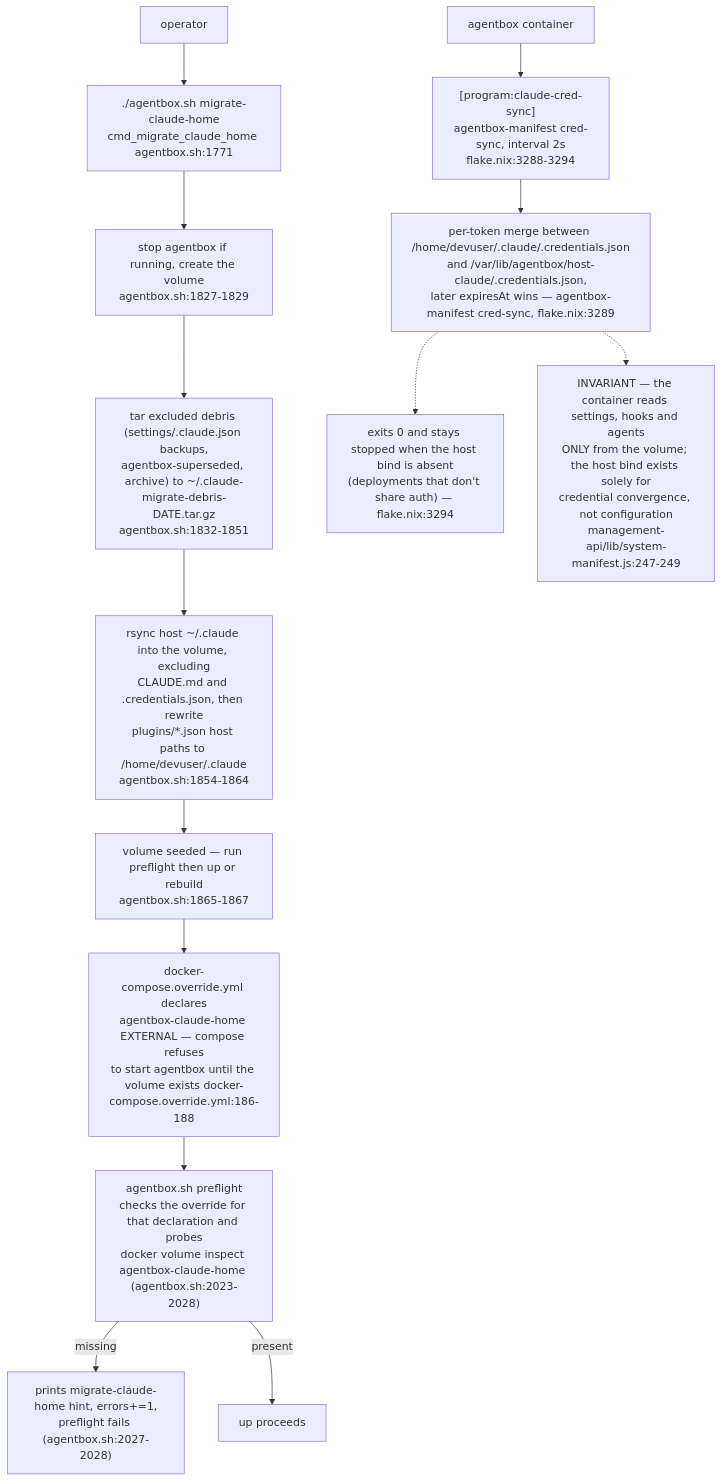
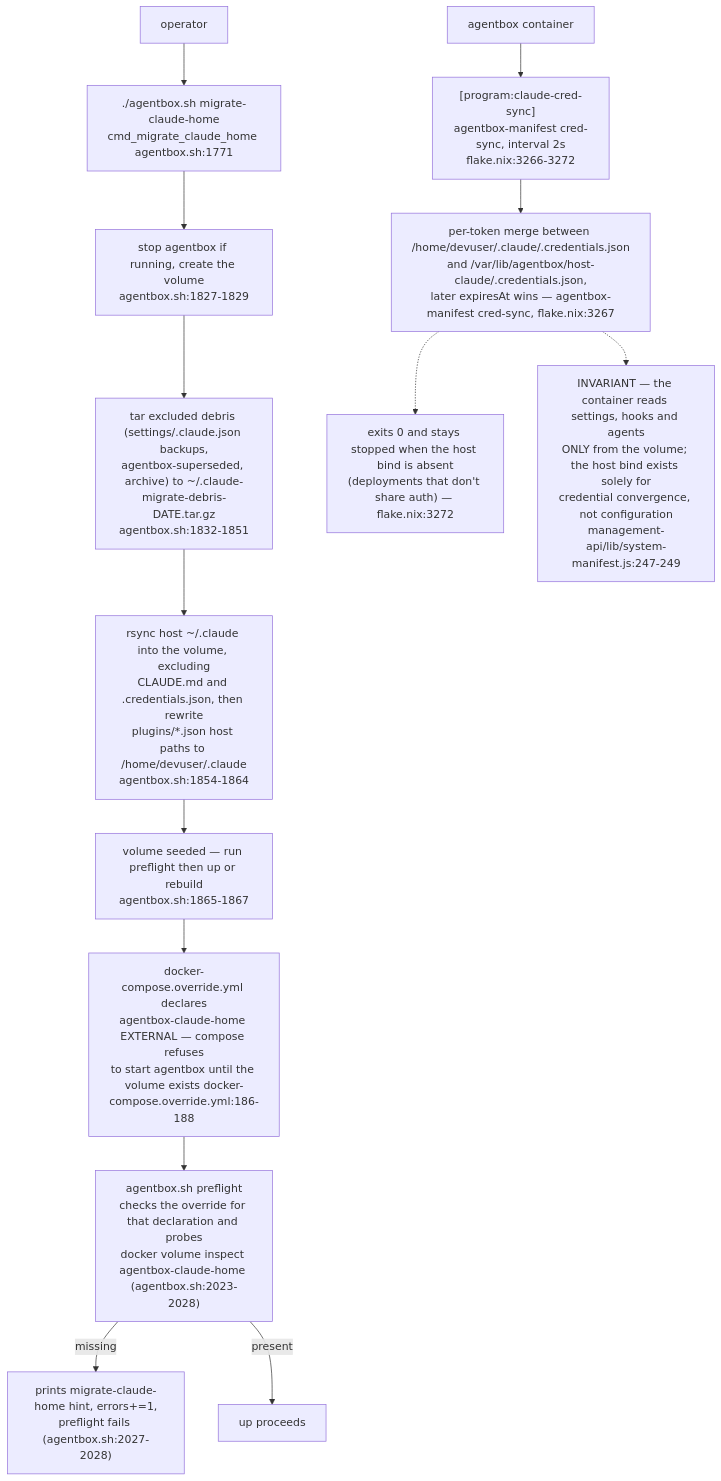
Diagram 11 of 14 in docs/diagrams/agentbox/06-sidecars-and-compose-overlays.md (DreamLab-AI/VisionFlow), drawn with Mermaid before and after one commit. The commit also changed other lines of this file and 145 other files, not shown here.

````diff
--- a/docs/diagrams/agentbox/06-sidecars-and-compose-overlays.md
+++ b/docs/diagrams/agentbox/06-sidecars-and-compose-overlays.md
@@ -329,16 +320,16 @@
 ```mermaid
 flowchart TB
     DEC["docker-compose.override.yml declares<br/>agentbox-claude-home EXTERNAL — compose refuses<br/>to start agentbox until the volume exists docker-compose.override.yml:186-188"] --> PRE["agentbox.sh preflight<br/>checks the override for that declaration and probes<br/>docker volume inspect agentbox-claude-home (agentbox.sh:2023-2028)"]
     PRE -->|"missing"| ERR["prints migrate-claude-home hint, errors+=1,<br/>preflight fails (agentbox.sh:2027-2028)"]
     PRE -->|"present"| OK["up proceeds"]
     OP["operator"] --> MIG["./agentbox.sh migrate-claude-home<br/>cmd_migrate_claude_home agentbox.sh:1771"]
     MIG --> STOP["stop agentbox if running, create the volume<br/>agentbox.sh:1827-1829"]
     STOP --> DEBRIS["tar excluded debris (settings/.claude.json backups,<br/>agentbox-superseded, archive) to ~/.claude-migrate-debris-DATE.tar.gz<br/>agentbox.sh:1832-1851"]
     DEBRIS --> RSYNC["rsync host ~/.claude into the volume, excluding<br/>CLAUDE.md and .credentials.json, then rewrite<br/>plugins/*.json host paths to /home/devuser/.claude<br/>agentbox.sh:1854-1864"]
     RSYNC --> DONE["volume seeded — run preflight then up or rebuild<br/>agentbox.sh:1865-1867"]
     DONE --> DEC
-    AB2["agentbox container"] --> SYNC["[program:claude-cred-sync]<br/>agentbox-manifest cred-sync, interval 2s<br/>flake.nix:3288-3294"]
-    SYNC --> MERGE["per-token merge between /home/devuser/.claude/.credentials.json<br/>and /var/lib/agentbox/host-claude/.credentials.json,<br/>later expiresAt wins — agentbox-manifest cred-sync, flake.nix:3289"]
-    MERGE -.-> ABSENT["exits 0 and stays stopped when the host bind is absent<br/>(deployments that don't share auth) — flake.nix:3294"]
+    AB2["agentbox container"] --> SYNC["[program:claude-cred-sync]<br/>agentbox-manifest cred-sync, interval 2s<br/>flake.nix:3266-3272"]
+    SYNC --> MERGE["per-token merge between /home/devuser/.claude/.credentials.json<br/>and /var/lib/agentbox/host-claude/.credentials.json,<br/>later expiresAt wins — agentbox-manifest cred-sync, flake.nix:3267"]
+    MERGE -.-> ABSENT["exits 0 and stays stopped when the host bind is absent<br/>(deployments that don't share auth) — flake.nix:3272"]
     MERGE -.-> INV["INVARIANT — the container reads settings, hooks and agents<br/>ONLY from the volume; the host bind exists solely for<br/>credential convergence, not configuration<br/>management-api/lib/system-manifest.js:247-249"]
 ```
````
